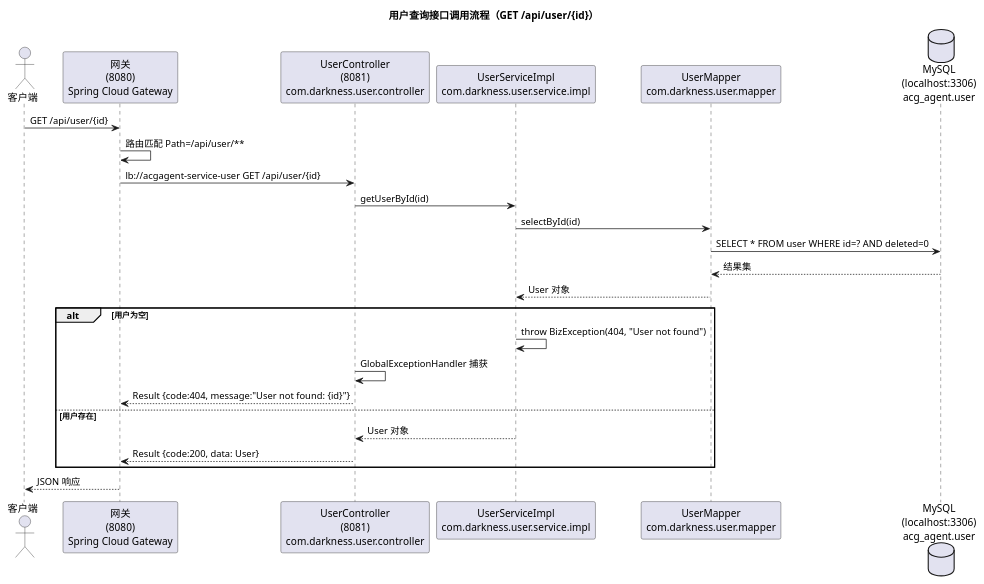
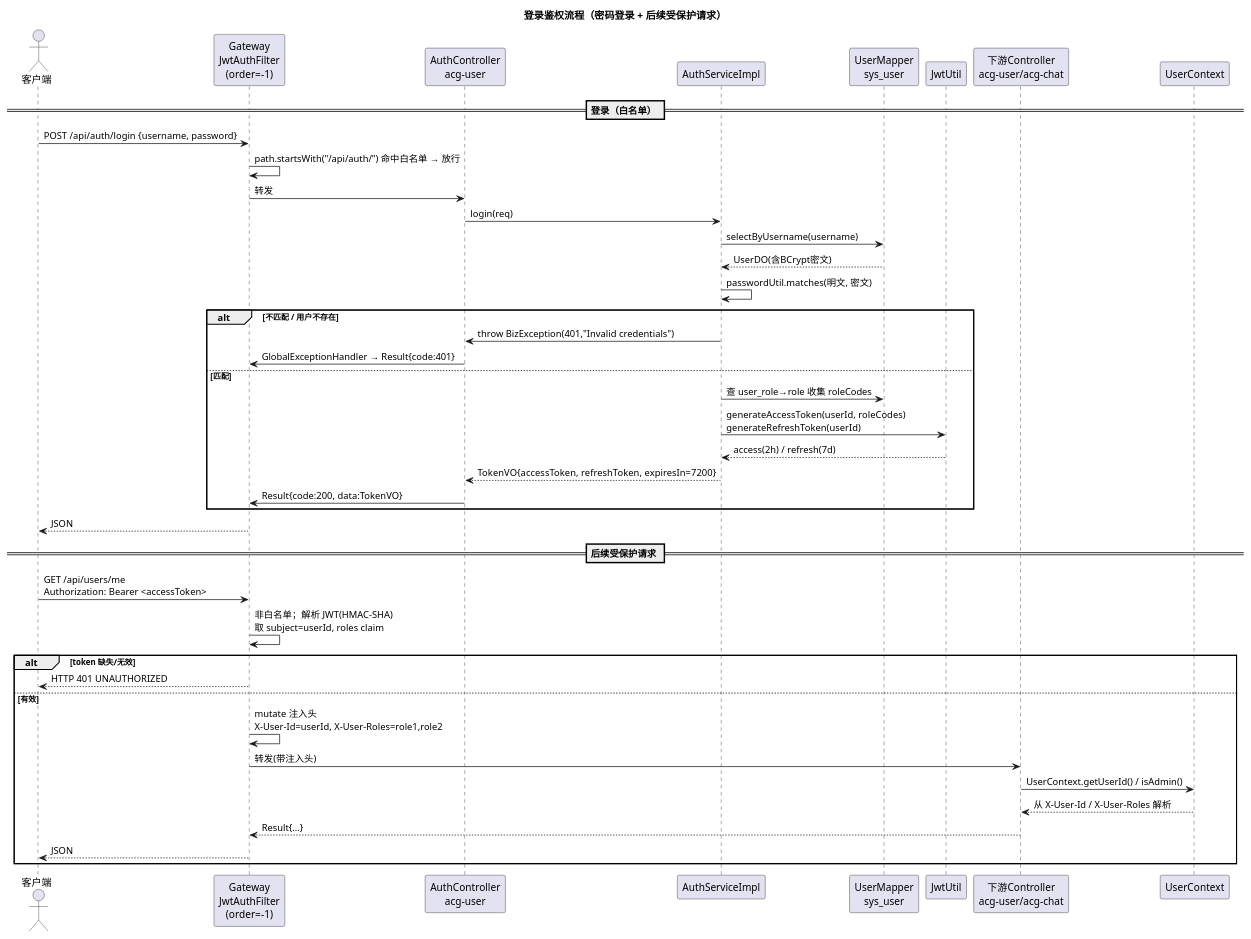
One commit to Maoyya/acgagent changed the first of 3 diagrams in docx/业务流程.md. Above: the diagram before and after it, drawn with PlantUML. The commit also changed other lines of this file and 4 other files, not shown here.

````diff
--- a/docx/业务流程.md
+++ b/docx/业务流程.md
@@ -256,29 +350,47 @@
 ```plantuml
 @startuml
-title 用户查询接口调用流程（GET /api/user/{id}）
+title 登录鉴权流程（密码登录 + 后续受保护请求）
 actor 客户端 as Client
-participant "网关\n(8080)\nSpring Cloud Gateway" as Gateway
-participant "UserController\n(8081)\ncom.darkness.user.controller" as Controller
-participant "UserServiceImpl\ncom.darkness.user.service.impl" as Service
-participant "UserMapper\ncom.darkness.user.mapper" as Mapper
-database "MySQL\n(localhost:3306)\nacg_agent.user" as DB
+participant "Gateway\nJwtAuthFilter\n(order=-1)" as Gateway
+participant "AuthController\nacg-user" as AuthCtl
+participant "AuthServiceImpl" as AuthSvc
+participant "UserMapper\nsys_user" as UserMapper
+participant "JwtUtil" as Jwt
+participant "下游Controller\nacg-user/acg-chat" as DownCtl
+participant "UserContext" as UC
 
-Client -> Gateway: GET /api/user/{id}
-Gateway -> Gateway: 路由匹配 Path=/api/user/**
-Gateway -> Controller: lb://acgagent-service-user GET /api/user/{id}
-Controller -> Service: getUserById(id)
-Service -> Mapper: selectById(id)
-Mapper -> DB: SELECT * FROM user WHERE id=? AND deleted=0
-DB --> Mapper: 结果集
-Mapper --> Service: User 对象
-alt 用户为空
-    Service -> Service: throw BizException(404, "User not found")
-    Controller -> Controller: GlobalExceptionHandler 捕获
-    Controller --> Gateway: Result {code:404, message:"User not found: {id}"}
-else 用户存在
-    Service --> Controller: User 对象
-    Controller --> Gateway: Result {code:200, data: User}
+== 登录（白名单） ==
+Client -> Gateway: POST /api/auth/login {username, password}
+Gateway -> Gateway: path.startsWith("/api/auth/") 命中白名单 → 放行
+Gateway -> AuthCtl: 转发
+AuthCtl -> AuthSvc: login(req)
+AuthSvc -> UserMapper: selectByUsername(username)
+UserMapper --> AuthSvc: UserDO(含BCrypt密文)
+AuthSvc -> AuthSvc: passwordUtil.matches(明文, 密文)
+alt 不匹配 / 用户不存在
+    AuthSvc -> AuthCtl: throw BizException(401,"Invalid credentials")
+    AuthCtl -> Gateway: GlobalExceptionHandler → Result{code:401}
+else 匹配
+    AuthSvc -> UserMapper: 查 user_role→role 收集 roleCodes
+    AuthSvc -> Jwt: generateAccessToken(userId, roleCodes)\ngenerateRefreshToken(userId)
+    Jwt --> AuthSvc: access(2h) / refresh(7d)
+    AuthSvc --> AuthCtl: TokenVO{accessToken, refreshToken, expiresIn=7200}
+    AuthCtl -> Gateway: Result{code:200, data:TokenVO}
 end
-Gateway --> Client: JSON 响应
+Gateway --> Client: JSON
+
+== 后续受保护请求 ==
+Client -> Gateway: GET /api/users/me\nAuthorization: Bearer <accessToken>
+Gateway -> Gateway: 非白名单；解析 JWT(HMAC-SHA)\n取 subject=userId, roles claim
+alt token 缺失/无效
+    Gateway --> Client: HTTP 401 UNAUTHORIZED
+else 有效
+    Gateway -> Gateway: mutate 注入头\nX-User-Id=userId, X-User-Roles=role1,role2
+    Gateway -> DownCtl: 转发(带注入头)
+    DownCtl -> UC: UserContext.getUserId() / isAdmin()
+    UC --> DownCtl: 从 X-User-Id / X-User-Roles 解析
+    DownCtl --> Gateway: Result{...}
+    Gateway --> Client: JSON
+end
 @enduml
 ```
````
